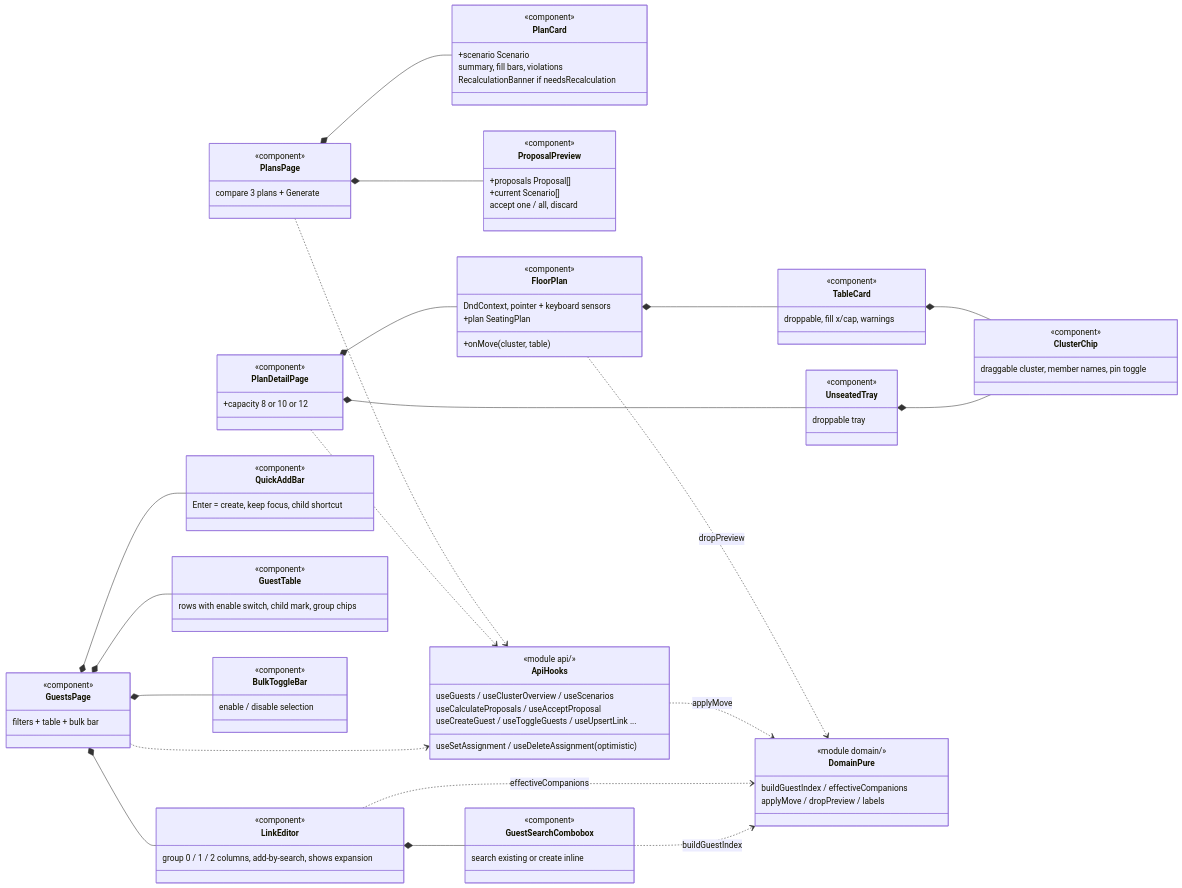
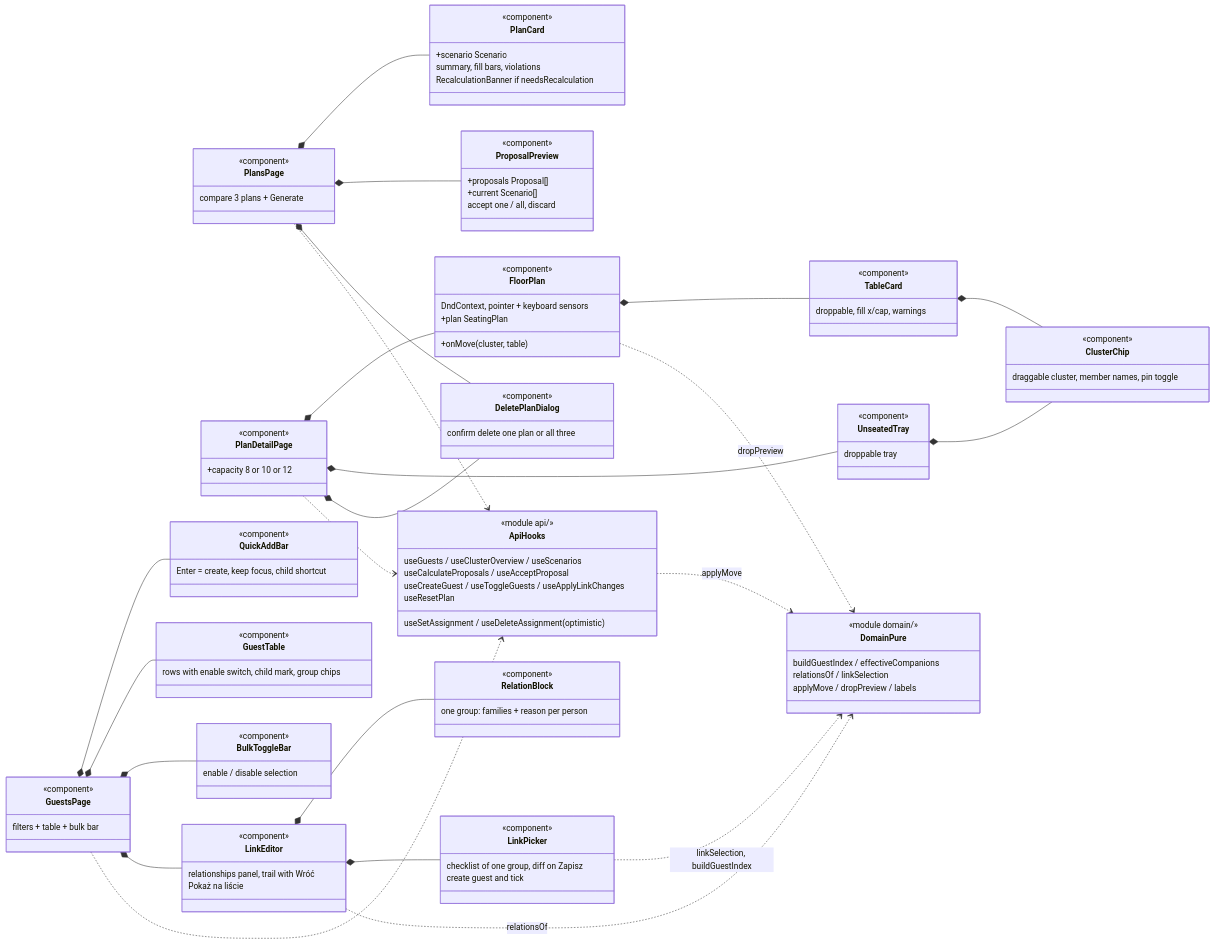
The second of 2 diagrams in docs/architecture/diagrams/003-frontend-design.md (emicon123/wedding-seating-planner), drawn with Mermaid before and after one commit. The commit also changed other lines of this file and 24 other files, not shown here.

First line of the commit message:
feat: add resetPlan (delete a plan) and expose the app on the home LAN

````diff
--- a/docs/architecture/diagrams/003-frontend-design.md
+++ b/docs/architecture/diagrams/003-frontend-design.md
@@ -142,22 +160,34 @@
     }
     class LinkEditor {
         <<component>>
-        group 0 / 1 / 2 columns, add-by-search, shows expansion
+        relationships panel, trail with Wróć
+        Pokaż na liście
     }
-    class GuestSearchCombobox {
+    class RelationBlock {
         <<component>>
-        search existing or create inline
+        one group: families + reason per person
+    }
+    class LinkPicker {
+        <<component>>
+        checklist of one group, diff on Zapisz
+        create guest and tick
+    }
+    class DeletePlanDialog {
+        <<component>>
+        confirm delete one plan or all three
     }
     class ApiHooks {
         <<module api/>>
         useGuests / useClusterOverview / useScenarios
         useCalculateProposals / useAcceptProposal
         useSetAssignment / useDeleteAssignment (optimistic)
-        useCreateGuest / useToggleGuests / useUpsertLink ...
+        useCreateGuest / useToggleGuests / useApplyLinkChanges
+        useResetPlan
     }
     class DomainPure {
         <<module domain/>>
         buildGuestIndex / effectiveCompanions
+        relationsOf / linkSelection
         applyMove / dropPreview / labels
     }
 
@@ -172,12 +202,15 @@
     GuestsPage *-- GuestTable
     GuestsPage *-- BulkToggleBar
     GuestsPage *-- LinkEditor
-    LinkEditor *-- GuestSearchCombobox
+    LinkEditor *-- RelationBlock
+    LinkEditor *-- LinkPicker
+    PlansPage *-- DeletePlanDialog
+    PlanDetailPage *-- DeletePlanDialog
     PlansPage ..> ApiHooks
     PlanDetailPage ..> ApiHooks
     GuestsPage ..> ApiHooks
     FloorPlan ..> DomainPure : dropPreview
     ApiHooks ..> DomainPure : applyMove
-    LinkEditor ..> DomainPure : effectiveCompanions
-    GuestSearchCombobox ..> DomainPure : buildGuestIndex
+    LinkEditor ..> DomainPure : relationsOf
+    LinkPicker ..> DomainPure : linkSelection, buildGuestIndex
 ```
````
